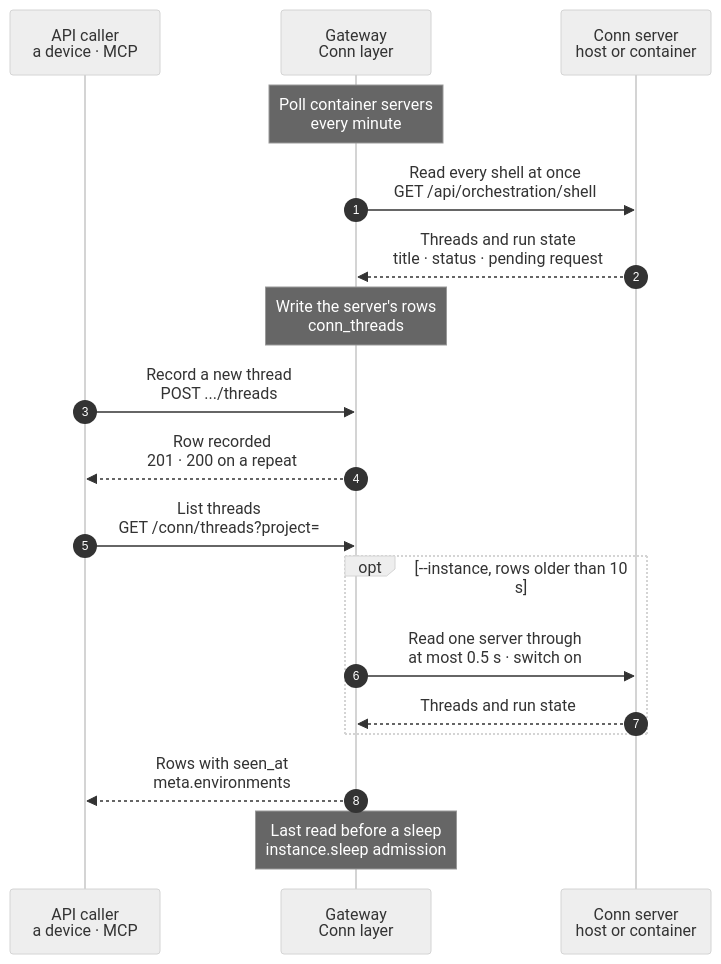
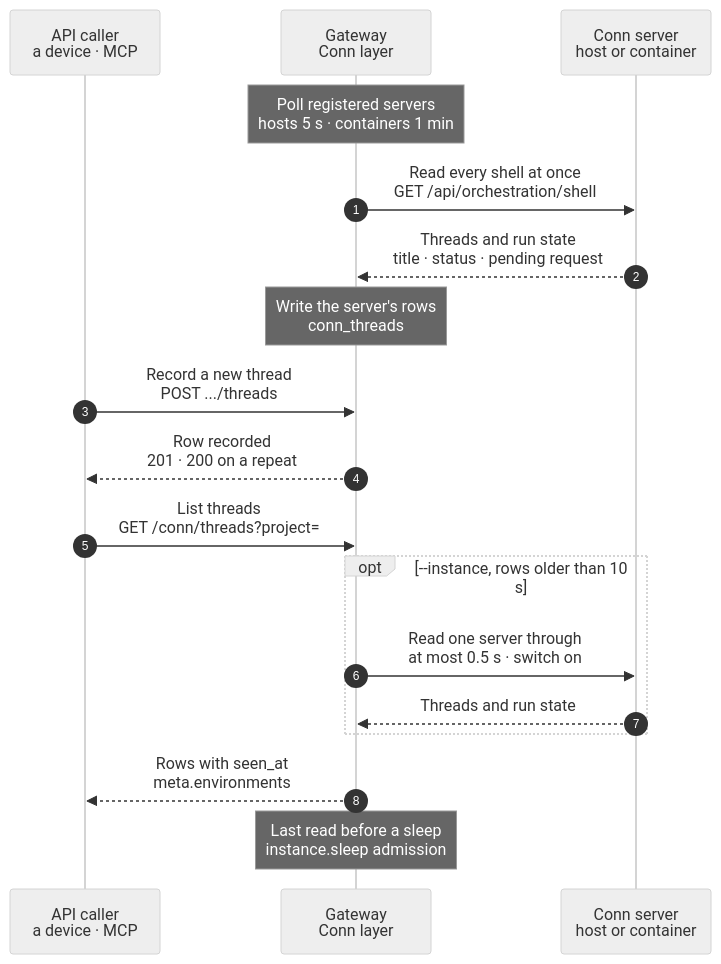
One commit to hardimpactdev/orbit changed the diagram in docs/cli/conn/thread-index.mmd. Above: the diagram before and after it, drawn with Mermaid (neutral theme). The commit also changed 7 other files, not shown here.

First line of the commit message:
Keep the host thread poll as the fallback for the librarian's push

```diff
--- a/docs/cli/conn/thread-index.mmd
+++ b/docs/cli/conn/thread-index.mmd
@@ -1,81 +1,79 @@
 sequenceDiagram
-  %% Conn thread index (docs/reference/conn.md#thread-index): the Gateway keeps a row per live thread on registered host and container servers. It polls container servers; host servers push each thread. The librarian can file a new top-level General host thread in a separate Gateway job, with no Operation or Swamp run.
+  %% Conn thread index (docs/reference/conn.md#thread-index): the Gateway keeps a row per live thread on registered host and container servers. The librarian can file a new top-level General host thread in a separate Gateway job, with no Operation or Swamp run.
   %% status: draft
   %% command: none · minute poll, GET /conn/threads, POST /conn/environments/{environment_id}/threads
   %% kind: conn.thread_index
   autonumber
   %% lane C icon=terminal pill=caller tone=gray
   %% lane GW icon=gateway pill=intent tone=blue
   %% lane T3 icon=server pill=target tone=purple
   participant C as API caller<br/>a device · MCP
   participant GW as Gateway<br/>Conn layer
   participant T3 as Conn server<br/>host or container
-  Note over GW: Poll container servers<br/>every minute
+  Note over GW: Poll registered servers<br/>hosts 5 s · containers 1 min
   %%> When:
   %%> - every minute while the operator switch `ORBIT_CONN_THREAD_INDEX_POLL` is on and Conn is enabled; off by default
   %%> - a unique job on the `problems` queue, behind task work; never on `operations`
+  %%> - every 5 seconds for host servers while Conn and the Gateway queue are enabled
   %%> Which servers:
-  %%> - every container server whose Instance runs; host servers are never polled
+  %%> - registered host servers and every container server whose Instance runs
   %%> Skips, with the reason on the server's record:
   %%> - an asleep or stopped Instance, `conn.environment_asleep`: it is not read and keeps its rows
   %%> - an ended session, `conn.session_expired`: its renewal comes first
   GW->>T3: Read every shell at once<br/>GET /api/orchestration/shell
   %%> How:
   %%> - the admin session the Gateway holds and renews, with `x-t3-orchestration-protocol: 2`
-  %%> - all in one pool; the read takes at most 10 seconds
+  %%> - each group in one pool; the host read takes at most 2 seconds, the container read takes at most 10 seconds
   %%> On failure:
   %%> - a server that does not answer, refuses or answers nonsense is skipped with `conn.server_unreachable`, `conn.session_rejected`, `conn.request_refused` or `conn.response_invalid`; it keeps its rows and never holds the others
   %%> - a failed write of one server's rows is reported and skipped with `conn.index_write_failed`; the pass goes on
   T3-->>GW: Threads and run state<br/>title · status · pending request
   Note over GW: Write the server's rows<br/>conn_threads
   %%> What it does:
   %%> - one row per listed thread: id, title, status, needs input, last user message, last run end, `seen_at`
   %%> - a thread that left the shell leaves the index, unless a write-through recorded it after the read began
   %%> Not stored:
   %%> - message text; only the title
   C->>GW: Record a new thread<br/>POST .../threads
   %%> When:
   %%> - the device started a thread on a registered server it paired with
   %%> Requires:
   %%> - node access to the server's Node
   %%> Also:
   %%> - a task copy's turn records its T3 thread the same way when its projection commits
-  %%> - a host Conn Server records each thread when it gets its first user message; the Gateway then queues the librarian for it, and a failure to queue never changes the response
+  %%> - a host Conn Server records each thread when it gets its first user message; the Gateway then queues the librarian for it, and a failure to queue never changes the response; the host poll is the fallback
   GW-->>C: Row recorded<br/>201 · 200 on a repeat
   %%> Result:
-  %%> - in the list at once; a container row's state stays null until the next read of its server
-  %%> - a host row has no next read: the list shows it with `state` null, `needs_input` false and no last-message times, also for rows written before host reads ended
-  %%> - only the librarian's filing sets a host row's `project_id`; nothing updates it afterwards, so a manual filing or unfiling in Conn does not reach it
-  %%> - a host row indexed before the host poll was removed keeps the `project_id` that its last poll read
+  %%> - in the list at once; state stays null until the next read
   C->>GW: List threads<br/>GET /conn/threads?project=
   %%> Requires:
   %%> - node access, as for the server list: only servers whose Node the caller reaches
   %%> Narrows by:
   %%> - `project` or `instance`, both optional
   %%> Reads:
-  %%> - the index only: browsing never reads a server; `meta.environments[].read_at` says how fresh each container server's rows are; a host server is never read
+  %%> - the index only: browsing never reads a server; `meta.environments[].read_at` says how fresh each server's rows are
   opt --instance, rows older than 10 s
     GW->>T3: Read one server through<br/>at most 0.5 s · switch on
     %%> When:
     %%> - only for a list that names one Instance, the server a device opens a thread on
     %%> - only while the switch is on, the server runs and its last read is older than 10 seconds
     %%> On failure:
     %%> - the server keeps its rows and records the reason; the list does not try it again within 10 seconds
     %%> Order:
     %%> - a read that began before the server's last written read is dropped, so it never brings back a removed thread
     %%> - a failed try does not count, and never sets `read_at` back; reads that begin within the same second are not ordered
     %%> Time:
     %%> - a slow server adds up to 0.5 s to this list; lists that read only the index stay under 300 ms
     T3-->>GW: Threads and run state
   end
   GW-->>C: Rows with seen_at<br/>meta.environments
   %%> Returns:
   %%> - the rows, newest user message first, and each covered server with `power_state`, `read_at` and `read_error`
-  %%> - host rows have no `instance_id`, no activity and no last-message time, so they follow the rows that have one; they include the librarian's `classification` after a decision
+  %%> - host rows have no `instance_id` and include the librarian's `classification` after a decision
   %%> - an asleep server's rows are its last read, with their `seen_at`
   Note over GW: Last read before a sleep<br/>instance.sleep admission
   %%> When:
   %%> - before every sleep is admitted, from the idle sweep and from `instance:sleep`; the sleep switch does not matter, the index switch does
   %%> - after the sleep's refusals and replay, outside the Instance lock, within 3 seconds; a failed read keeps the rows, is reported and does not stop the sleep
   %%> Result:
   %%> - the asleep Instance keeps these rows until it wakes; destroying it removes them with its server
```
